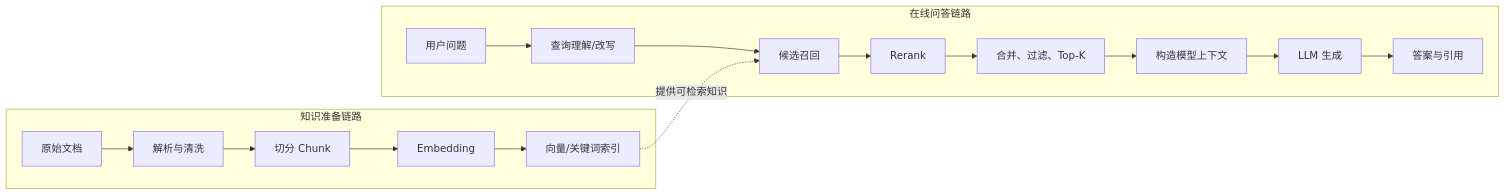
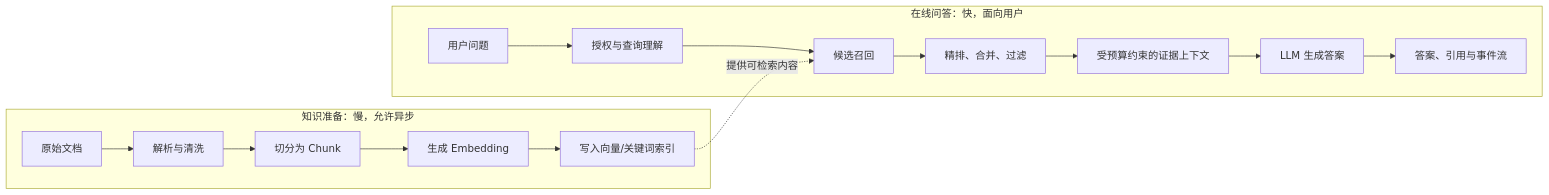
The diagram in learning-book/02-rag/01-rag-overview.md (zhangqiangboss/WeKnora), drawn with Mermaid before and after one commit. The commit also changed other lines of this file and 4 other files, not shown here.

````diff
--- a/learning-book/02-rag/01-rag-overview.md
+++ b/learning-book/02-rag/01-rag-overview.md
@@ -27,19 +68,18 @@
 ```mermaid
 flowchart LR
-    subgraph I["知识准备链路"]
+    subgraph I["知识准备：慢，允许异步"]
       D["原始文档"] --> P["解析与清洗"]
-      P --> C["切分 Chunk"]
-      C --> E["Embedding"]
-      E --> IDX["向量/关键词索引"]
+      P --> C["切分为 Chunk"]
+      C --> E["生成 Embedding"]
+      E --> IDX["写入向量/关键词索引"]
     end
-    subgraph Q["在线问答链路"]
-      U["用户问题"] --> QU["查询理解/改写"]
-      QU --> RET["候选召回"]
-      RET --> RR["Rerank"]
-      RR --> M["合并、过滤、Top-K"]
-      M --> CTX["构造模型上下文"]
-      CTX --> LLM["LLM 生成"]
-      LLM --> ANS["答案与引用"]
+    subgraph Q["在线问答：快，面向用户"]
+      U["用户问题"] --> A["授权与查询理解"]
+      A --> R["候选召回"]
+      R --> RR["精排、合并、过滤"]
+      RR --> CTX["受预算约束的证据上下文"]
+      CTX --> LLM["LLM 生成答案"]
+      LLM --> ANS["答案、引用与事件流"]
     end
-    IDX -.提供可检索知识.-> RET
+    IDX -."提供可检索内容".-> R
 ```
````
